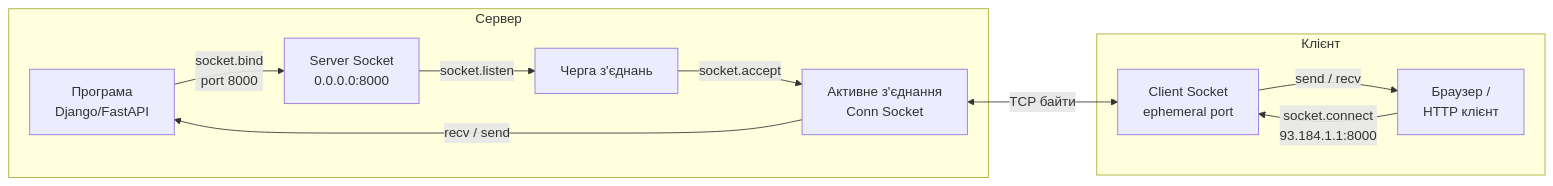
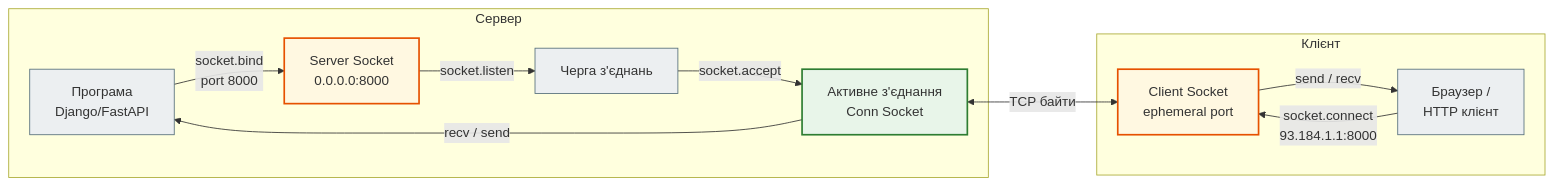
One commit to NikoriakViktot/notes_chat_app changed the eighth of 12 diagrams in docs/01_web_foundations/network_mermaid_full.md. Above: the diagram before and after it, drawn with Mermaid. The commit also changed other lines of this file and 441 other files, not shown here.

First line of the commit message:
Add English version of the book, Mermaid standard, docs fixes

````diff
--- a/docs/01_web_foundations/network_mermaid_full.md
+++ b/docs/01_web_foundations/network_mermaid_full.md
@@ -167,16 +185,24 @@
 ```mermaid
 graph LR
     subgraph Сервер
-        S_App[Програма\nDjango/FastAPI] -->|socket.bind\nport 8000| S_Socket[Server Socket\n0.0.0.0:8000]
+        S_App["Програма<br>Django/FastAPI"] -->|"socket.bind<br>port 8000"| S_Socket["Server Socket<br>0.0.0.0:8000"]
         S_Socket -->|socket.listen| Queue[Черга з'єднань]
-        Queue -->|socket.accept| Conn[Активне з'єднання\nConn Socket]
+        Queue -->|socket.accept| Conn["Активне з'єднання<br>Conn Socket"]
         Conn -->|recv / send| S_App
     end
 
     subgraph Клієнт
-        C_App[Браузер /\nHTTP клієнт] -->|socket.connect\n93.184.1.1:8000| C_Socket[Client Socket\nephemeral port]
+        C_App["Браузер /<br>HTTP клієнт"] -->|"socket.connect<br>93.184.1.1:8000"| C_Socket["Client Socket<br>ephemeral port"]
         C_Socket -->|send / recv| C_App
     end
 
     Conn <-->|TCP байти| C_Socket
+
+    classDef step     fill:#eceff1,stroke:#546e7a,stroke-width:1px;
+    classDef success  fill:#e8f5e9,stroke:#2e7d32,stroke-width:2px;
+    classDef warning  fill:#fff8e1,stroke:#e65100,stroke-width:2px;
+
+    class S_App,Queue,C_App step;
+    class S_Socket,C_Socket warning;
+    class Conn success;
 ```
````
